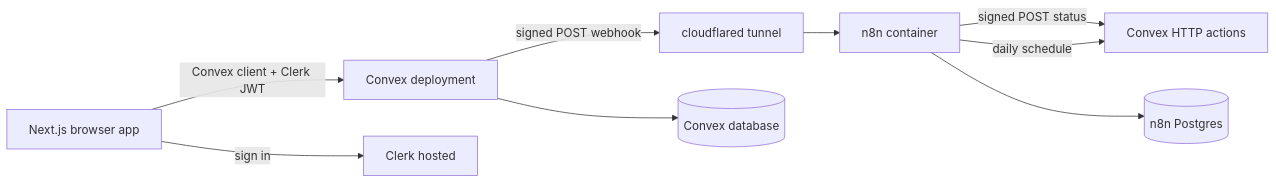
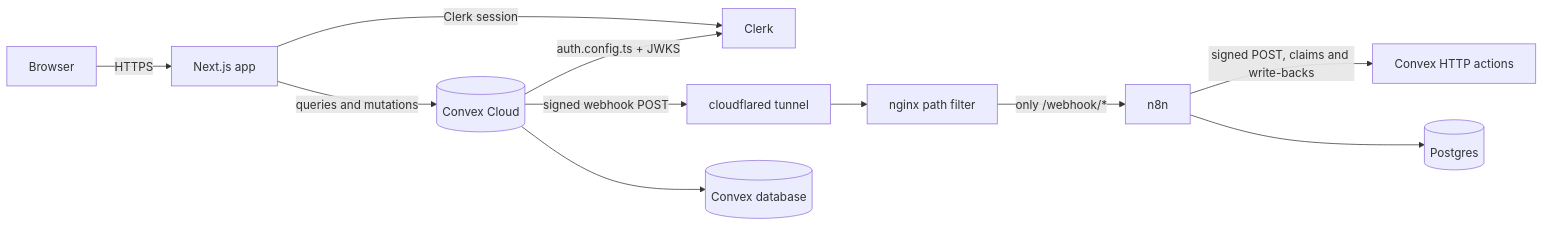
One commit to Noor-e-Bilal/lendloop changed the first of 2 diagrams in docs/superpowers/specs/2026-11-02-lendloop-design.md. Above: the diagram before and after it, drawn with Mermaid. The commit also changed other lines of this file, not shown here.

````diff
--- a/docs/superpowers/specs/2026-11-02-lendloop-design.md
+++ b/docs/superpowers/specs/2026-11-02-lendloop-design.md
@@ -74,11 +81,13 @@
 ```mermaid
 flowchart LR
-  Browser[Next.js browser app] -->|Convex client + Clerk JWT| Convex[Convex deployment]
-  Browser -->|sign in| Clerk[Clerk hosted]
-  Convex -->|signed POST webhook| Tunnel[cloudflared tunnel]
-  Tunnel --> N8N[n8n container]
-  N8N -->|signed POST status| ConvexSite[Convex HTTP actions]
-  N8N -->|daily schedule| ConvexSite
-  N8N --> Postgres[(n8n Postgres)]
+  U[Browser] -->|HTTPS| Next[Next.js app]
+  Next -->|queries and mutations| Convex[(Convex Cloud)]
+  Next -->|Clerk session| Clerk[Clerk]
+  Convex -->|auth.config.ts + JWKS| Clerk
+  Convex -->|signed webhook POST| Tunnel[cloudflared tunnel]
+  Tunnel --> Proxy[nginx path filter]
+  Proxy -->|only /webhook/*| N8N[n8n]
+  N8N -->|signed POST, claims and write-backs| ConvexSite[Convex HTTP actions]
+  N8N --> PG[(Postgres)]
   Convex --> DB[(Convex database)]
 ```
````
